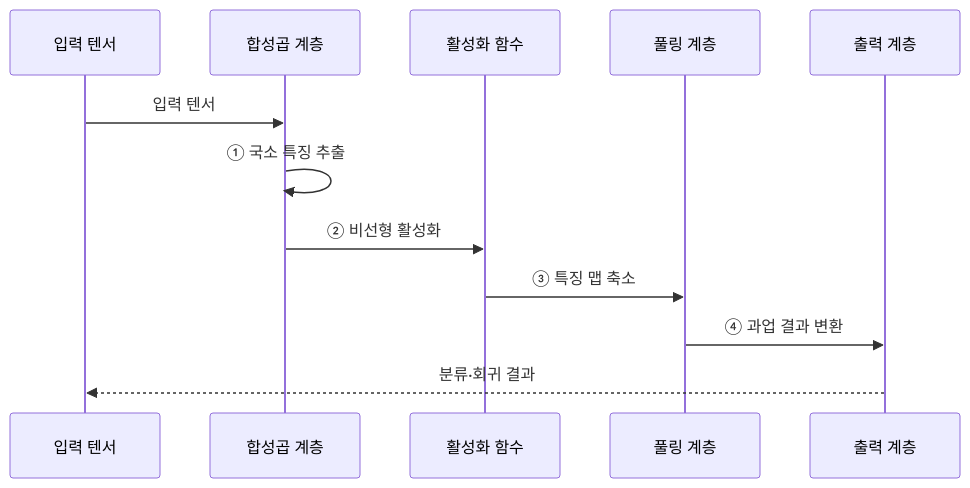
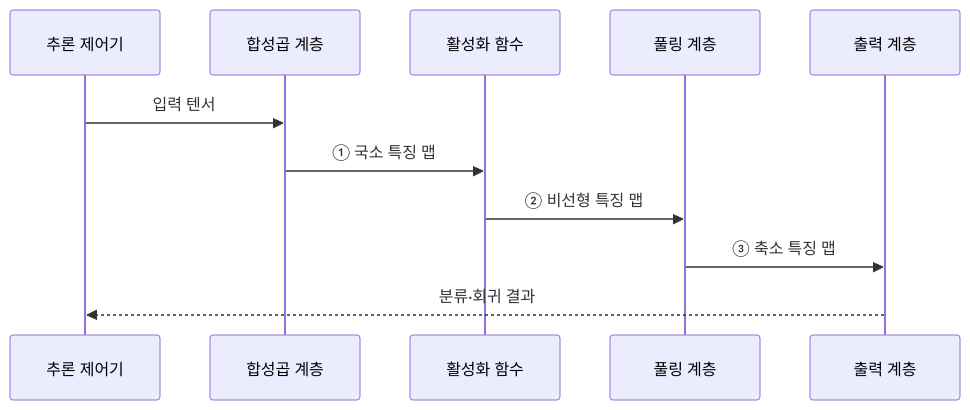
Before and after one commit to agnusdei1207/knowledge-base: the second of 2 diagrams in src/content/docs/notes/01-basic-theory/043_cnn.md, drawn with Mermaid. The commit also changed other lines of this file and 10 other files, not shown here.

````diff
--- a/src/content/docs/notes/01-basic-theory/043_cnn.md
+++ b/src/content/docs/notes/01-basic-theory/043_cnn.md
@@ -95,14 +82,13 @@
 ```mermaid
 sequenceDiagram
-    participant I as 입력 텐서
+    participant T as 추론 제어기
     participant C as 합성곱 계층
     participant A as 활성화 함수
     participant P as 풀링 계층
     participant H as 출력 계층
-    I->>C: 입력 텐서
-    C->>C: ① 국소 특징 추출
-    C->>A: ② 비선형 활성화
-    A->>P: ③ 특징 맵 축소
-    P->>H: ④ 과업 결과 변환
-    H-->>I: 분류·회귀 결과
+    T->>C: 입력 텐서
+    C->>A: ① 국소 특징 맵
+    A->>P: ② 비선형 특징 맵
+    P->>H: ③ 축소 특징 맵
+    H-->>T: 분류·회귀 결과
 ```
````
